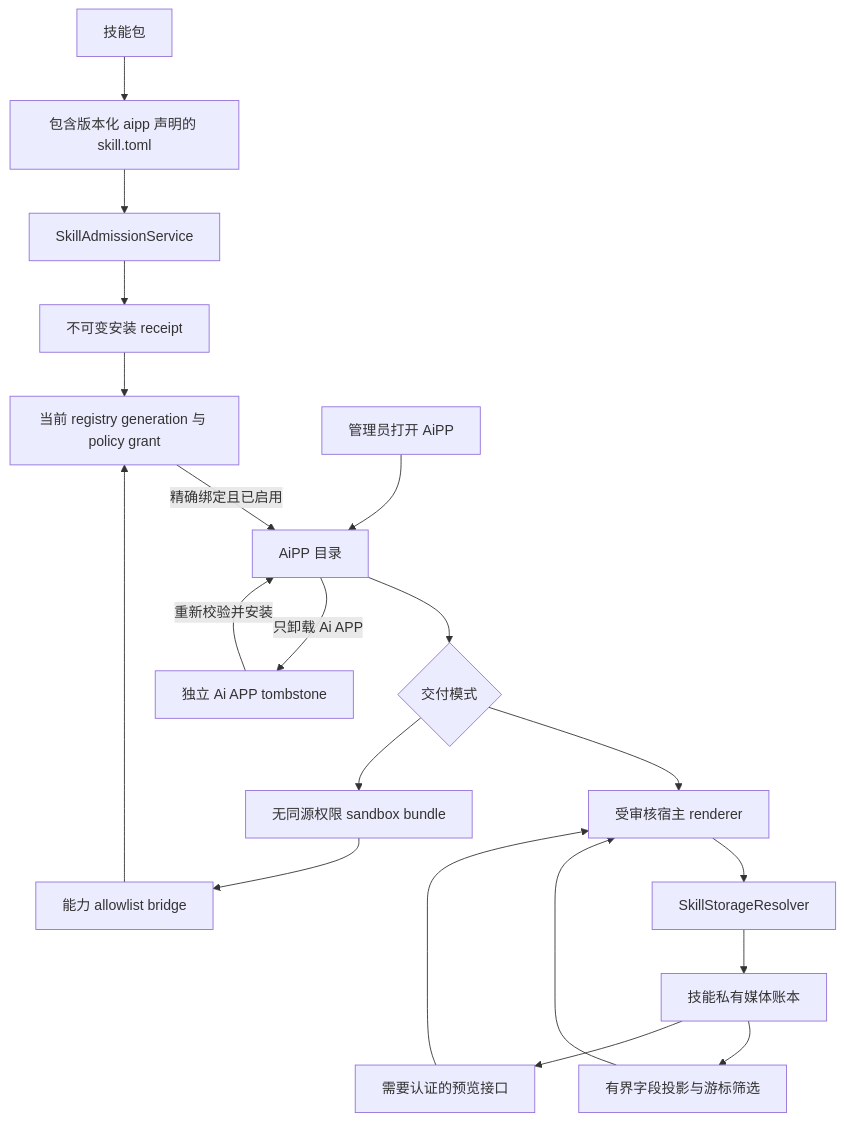
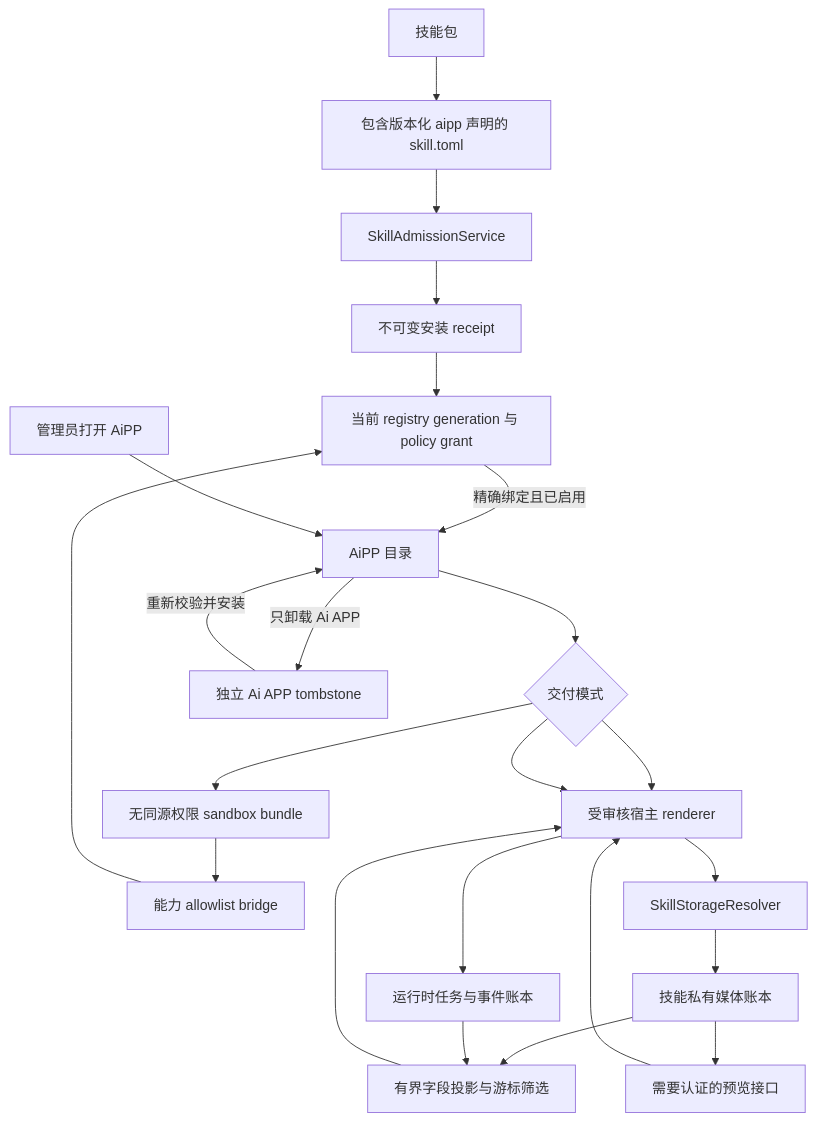
The diagram in docs/architecture/14-aipp-skill-companions.zh-CN.md (MatrixCoreX/RustClaw), drawn with Mermaid before and after one commit. The commit also changed other lines of this file and 25 other files, not shown here.

````diff
--- a/docs/architecture/14-aipp-skill-companions.zh-CN.md
+++ b/docs/architecture/14-aipp-skill-companions.zh-CN.md
@@ -31,28 +34,30 @@
 ```mermaid
 flowchart TD
     P[技能包]
     M[包含版本化 aipp 声明的 skill.toml]
     A[SkillAdmissionService]
     R[不可变安装 receipt]
     G[当前 registry generation 与 policy grant]
     C[AiPP 目录]
     U[管理员打开 AiPP]
     H{交付模式}
     HR[受审核宿主 renderer]
     SB[无同源权限 sandbox bundle]
     CB[能力 allowlist bridge]
     S[SkillStorageResolver]
     D[技能私有媒体账本]
+    TL[运行时任务与事件账本]
     F[有界字段投影与游标筛选]
     V[需要认证的预览接口]
     T[独立 Ai APP tombstone]
 
     P --> M --> A --> R --> G
     G -->|精确绑定且已启用| C
     U --> C --> H
     H --> HR --> S --> D --> F --> HR
+    H --> HR --> TL --> F
     D --> V --> HR
     H --> SB --> CB --> G
     C -->|只卸载 Ai APP| T
     T -->|重新校验并安装| C
 ```
````
